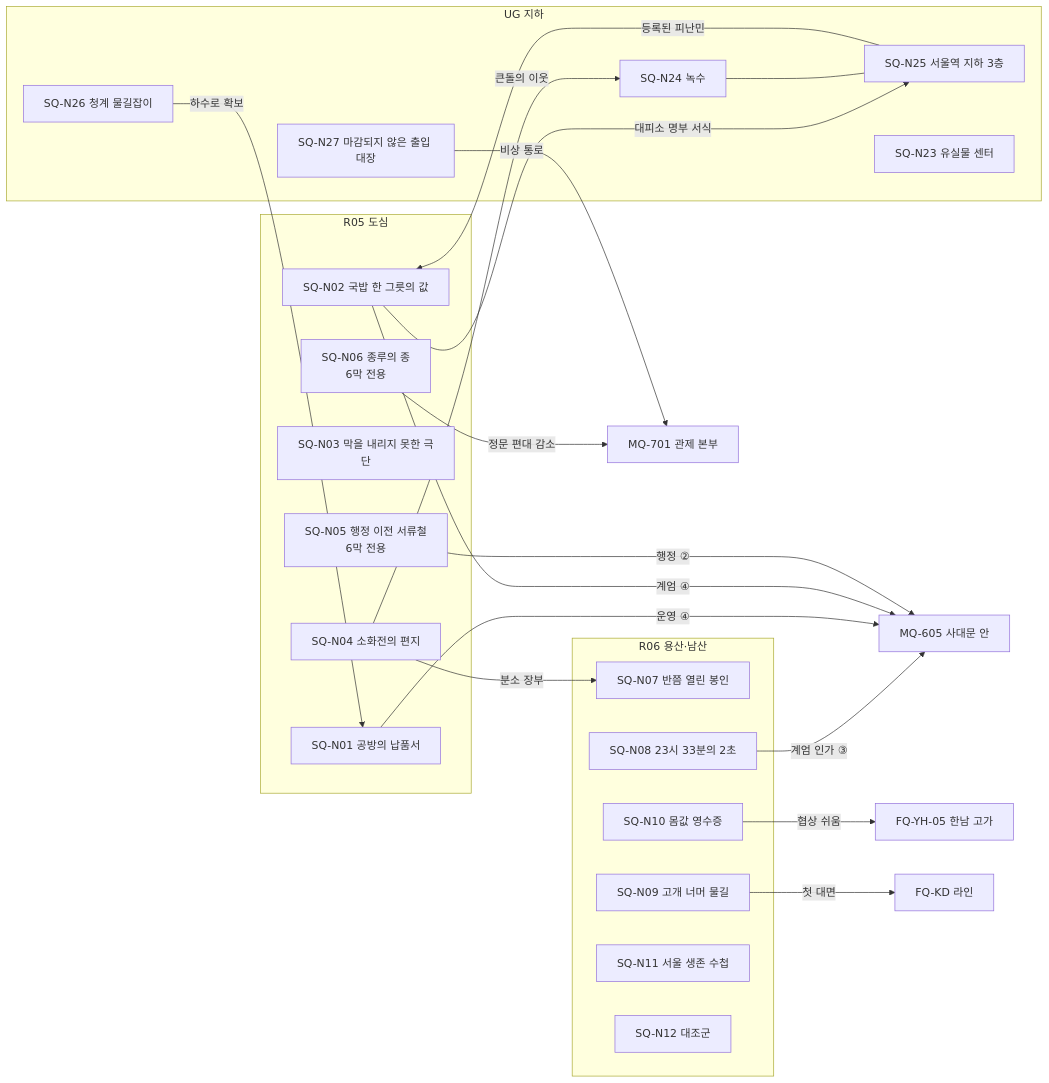
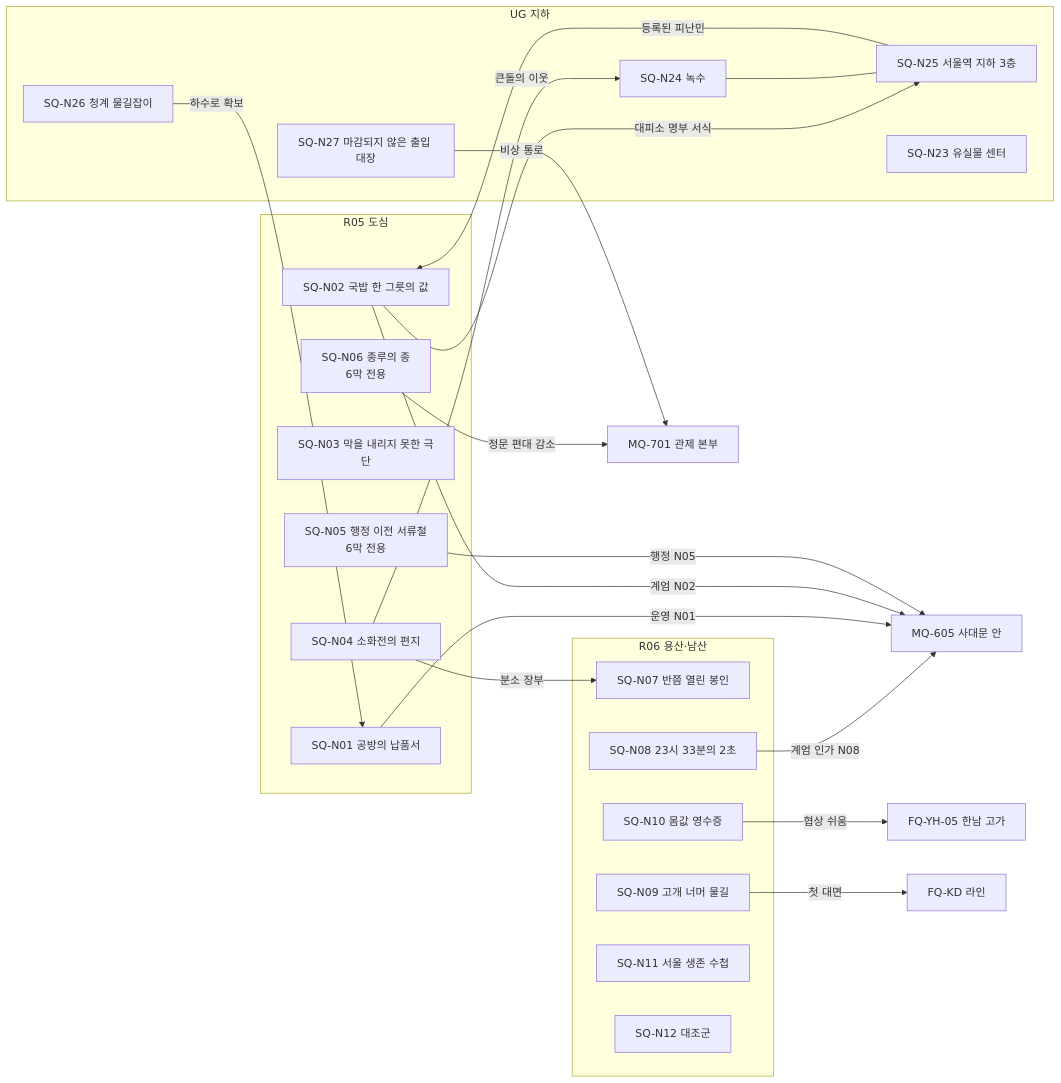
The first of 7 diagrams in docs/seoul-fallout/04c_side-quests-north-east-center.md (forsurvive/003), drawn with Mermaid before and after one commit. The commit also changed other lines of this file and 21 other files, not shown here.

````diff
--- a/docs/seoul-fallout/04c_side-quests-north-east-center.md
+++ b/docs/seoul-fallout/04c_side-quests-north-east-center.md
@@ -186,40 +186,40 @@
 ```mermaid
 flowchart LR
   subgraph R05["R05 도심"]
     N01["SQ-N01 공방의 납품서"]
     N02["SQ-N02 국밥 한 그릇의 값"]
     N03["SQ-N03 막을 내리지 못한 극단"]
     N04["SQ-N04 소화전의 편지"]
     N05["SQ-N05 행정 이전 서류철<br/>6막 전용"]
     N06["SQ-N06 종루의 종<br/>6막 전용"]
   end
   subgraph R06["R06 용산·남산"]
     N07["SQ-N07 반쯤 열린 봉인"]
     N08["SQ-N08 23시 33분의 2초"]
     N09["SQ-N09 고개 너머 물길"]
     N10["SQ-N10 몸값 영수증"]
     N11["SQ-N11 서울 생존 수첩"]
     N12["SQ-N12 대조군"]
   end
   subgraph UG["UG 지하"]
     N24["SQ-N24 녹수"]
     N25["SQ-N25 서울역 지하 3층"]
     N26["SQ-N26 청계 물길잡이"]
     N27["SQ-N27 마감되지 않은 출입 대장"]
     N23["SQ-N23 유실물 센터"]
   end
   N04 -->|"분소 장부"| N07
   N04 -->|"큰돌의 이웃"| N24
   N02 -->|"대피소 명부 서식"| N25
   N25 -->|"등록된 피난민"| N02
   N24 --- N25
   N26 -->|"하수로 확보"| N01
-  N08 -->|"계엄 인가 ③"| MQ605["MQ-605 사대문 안"]
-  N01 -->|"운영 ④"| MQ605
-  N02 -->|"계엄 ④"| MQ605
-  N05 -->|"행정 ②"| MQ605
+  N08 -->|"계엄 인가 N08"| MQ605["MQ-605 사대문 안"]
+  N01 -->|"운영 N01"| MQ605
+  N02 -->|"계엄 N02"| MQ605
+  N05 -->|"행정 N05"| MQ605
   N06 -->|"정문 편대 감소"| MQ701["MQ-701 관제 본부"]
   N27 -->|"비상 통로"| MQ701
   N10 -->|"협상 쉬움"| FQYH05["FQ-YH-05 한남 고가"]
   N09 -->|"첫 대면"| FQKD["FQ-KD 라인"]
 ```
````
